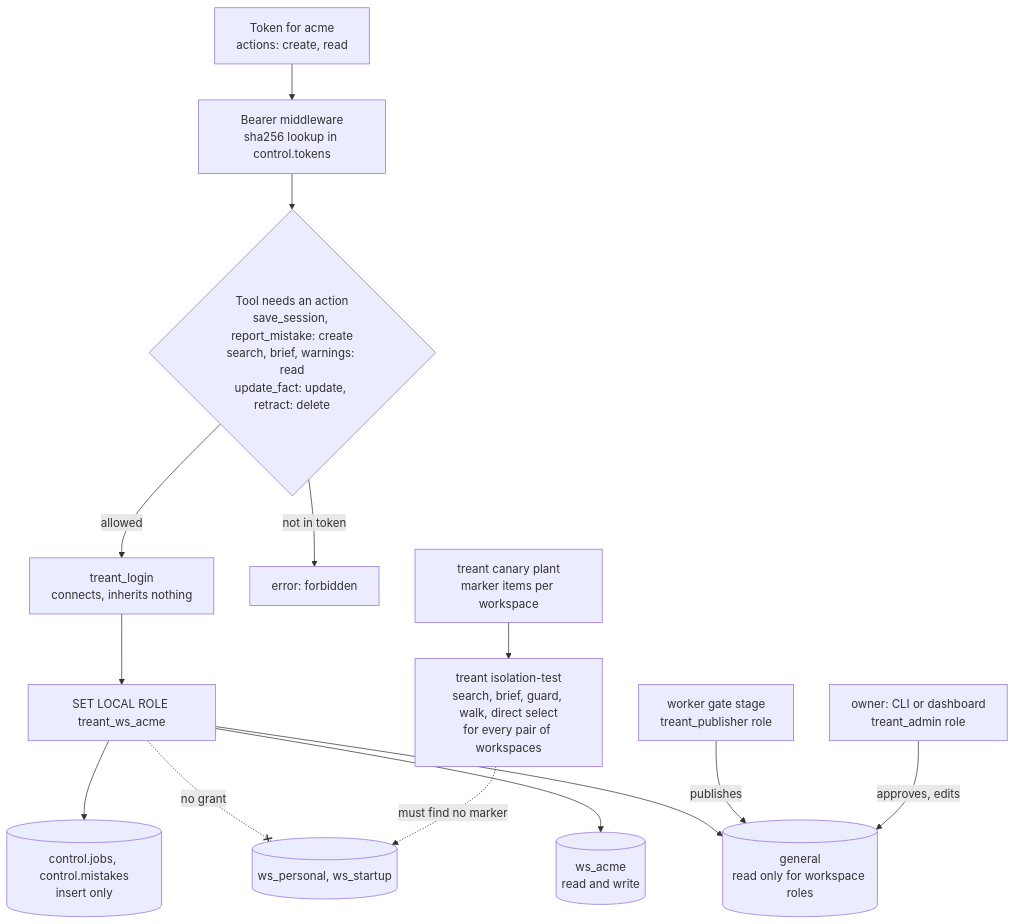
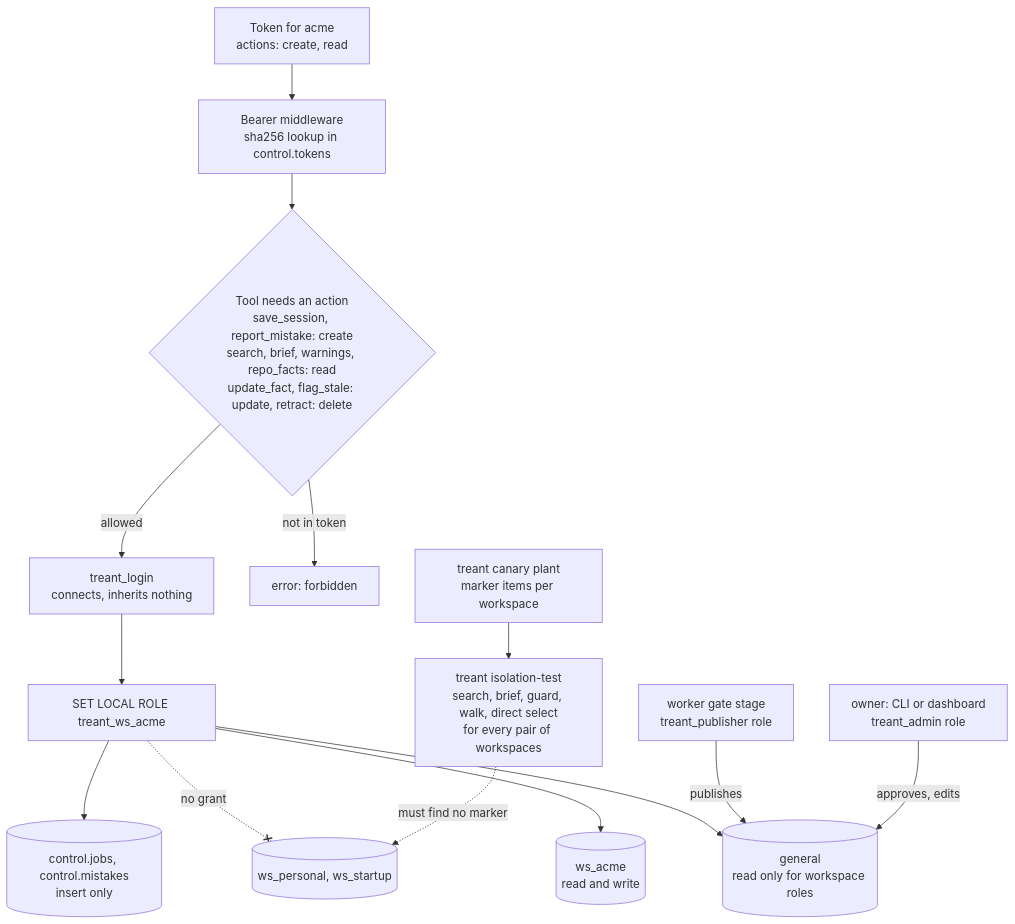
Before and after one commit to ashkmb/treant-memory: the third of 5 diagrams in docs/architecture.md, drawn with Mermaid. The commit also changed other lines of this file and 8 other files, not shown here.

First line of the commit message:
stale: repo_facts and flag_stale tools

````diff
--- a/docs/architecture.md
+++ b/docs/architecture.md
@@ -339,30 +339,30 @@
 ```mermaid
 flowchart TB
   token["Token for acme<br/>actions: create, read"]
   mw["Bearer middleware<br/>sha256 lookup in control.tokens"]
-  action{"Tool needs an action<br/>save_session, report_mistake: create<br/>search, brief, warnings: read<br/>update_fact: update, retract: delete"}
+  action{"Tool needs an action<br/>save_session, report_mistake: create<br/>search, brief, warnings, repo_facts: read<br/>update_fact, flag_stale: update, retract: delete"}
   login["treant_login<br/>connects, inherits nothing"]
   role["SET LOCAL ROLE treant_ws_acme"]
   own[("ws_acme<br/>read and write")]
   others[("ws_personal, ws_startup")]
   general[("general<br/>read only for workspace roles")]
   ctl[("control.jobs, control.mistakes<br/>insert only")]
   gate["worker gate stage<br/>treant_publisher role"]
   ownerw["owner: CLI or dashboard<br/>treant_admin role"]
   refused["error: forbidden"]
 
   token --> mw --> action
   action -- "not in token" --> refused
   action -- "allowed" --> login --> role
   role --> own
   role --> general
   role --> ctl
   role -. "no grant" .-x others
   gate -- "publishes" --> general
   ownerw -- "approves, edits" --> general
 
   canary["treant canary plant<br/>marker items per workspace"]
   iso["treant isolation-test<br/>search, brief, guard, walk, direct select<br/>for every pair of workspaces"]
   canary --> iso
   iso -. "must find no marker" .-> others
 ```
````
